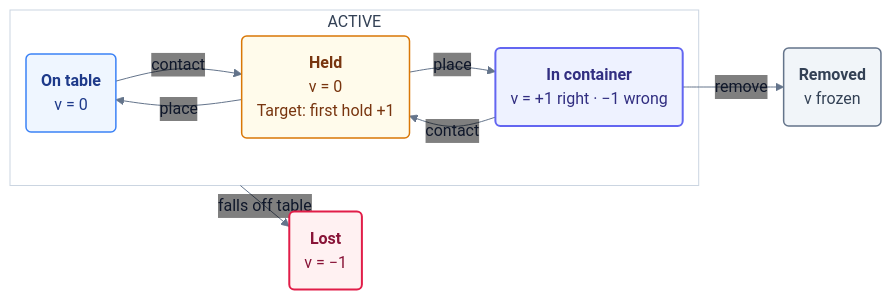
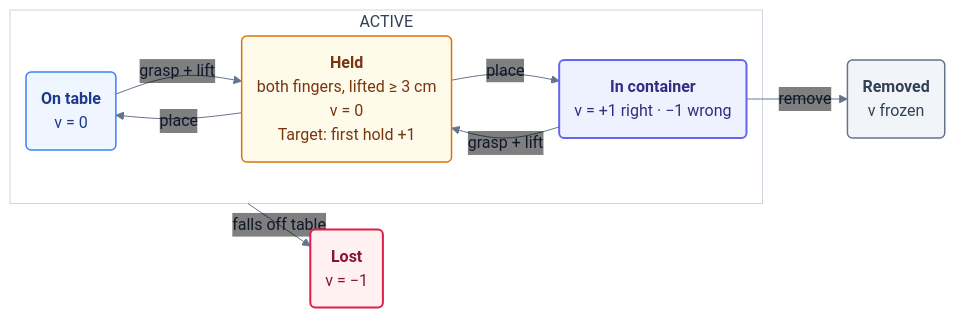
The diagram in tasks/arm/object_finding_and_organizing_on_messy_desk/verify/figures/object-automaton.mmd (Grounded-Intelligence-Initiative/agentic-robotics-benchmark), drawn with Mermaid before and after one commit. The commit also changed 18 other files, not shown here.

```diff
--- a/tasks/arm/object_finding_and_organizing_on_messy_desk/verify/figures/object-automaton.mmd
+++ b/tasks/arm/object_finding_and_organizing_on_messy_desk/verify/figures/object-automaton.mmd
@@ -1,25 +1,25 @@
 %%{init: {"theme": "base", "themeVariables": {"fontFamily": "Arial, Helvetica, sans-serif", "fontSize": "16px", "lineColor": "#64748b", "primaryTextColor": "#0f172a", "edgeLabelBackground": "transparent", "clusterBkg": "#ffffff", "clusterBorder": "#cbd5e1"}, "flowchart": {"curve": "basis", "nodeSpacing": 32, "rankSpacing": 32, "htmlLabels": true}, "themeCSS": ".edgeLabel, .edgeLabel p, .edgeLabel span { background: transparent !important; background-color: transparent !important; } .edgeLabels span { font-size: 13px !important; color: #475569 !important; } .edgeLabels > g:nth-child(1) > g { translate: 0px -12px; } .edgeLabels > g:nth-child(2) > g { translate: 0px 12px; } .edgeLabels > g:nth-child(3) > g { translate: 0px -12px; } .edgeLabels > g:nth-child(4) > g { translate: 0px 13px; } .edgeLabels > g:nth-child(5) > g { translate: 0px -12px; } .edgeLabels > g:nth-child(6) > g { translate: -48px 0px; } "}}%%
 flowchart LR
     subgraph ACTIVE["ACTIVE"]
         T("<b>On table</b><br/>v = 0")
-        H("<b>Held</b><br/>v = 0<br/>Target: first hold +1")
+        H("<b>Held</b><br/>both fingers, lifted ≥ 3 cm<br/>v = 0<br/>Target: first hold +1")
         C("<b>In container</b><br/>v = +1 right · −1 wrong")
-        T -->|contact| H
+        T -->|grasp + lift| H
         H -->|place| T
         H -->|place| C
-        C -->|contact| H
+        C -->|grasp + lift| H
     end
     C -->|remove| R("<b>Removed</b><br/>v frozen")
     ACTIVE -->|falls off table| L("<b>Lost</b><br/>v = −1")
 
     classDef neutral fill:#eff6ff,stroke:#3b82f6,color:#1e3a8a,stroke-width:1.5px;
     classDef moving fill:#fffbeb,stroke:#d97706,color:#78350f,stroke-width:1.5px;
     classDef placed fill:#eef2ff,stroke:#6366f1,color:#312e81,stroke-width:2px;
     classDef retired fill:#f1f5f9,stroke:#64748b,color:#334155,stroke-width:1.5px;
     classDef failure fill:#fff1f2,stroke:#e11d48,color:#881337,stroke-width:2px;
     class T neutral;
     class H moving;
     class C placed;
     class R retired;
     class L failure;
     style ACTIVE fill:#ffffff,stroke:#cbd5e1,color:#334155
```
